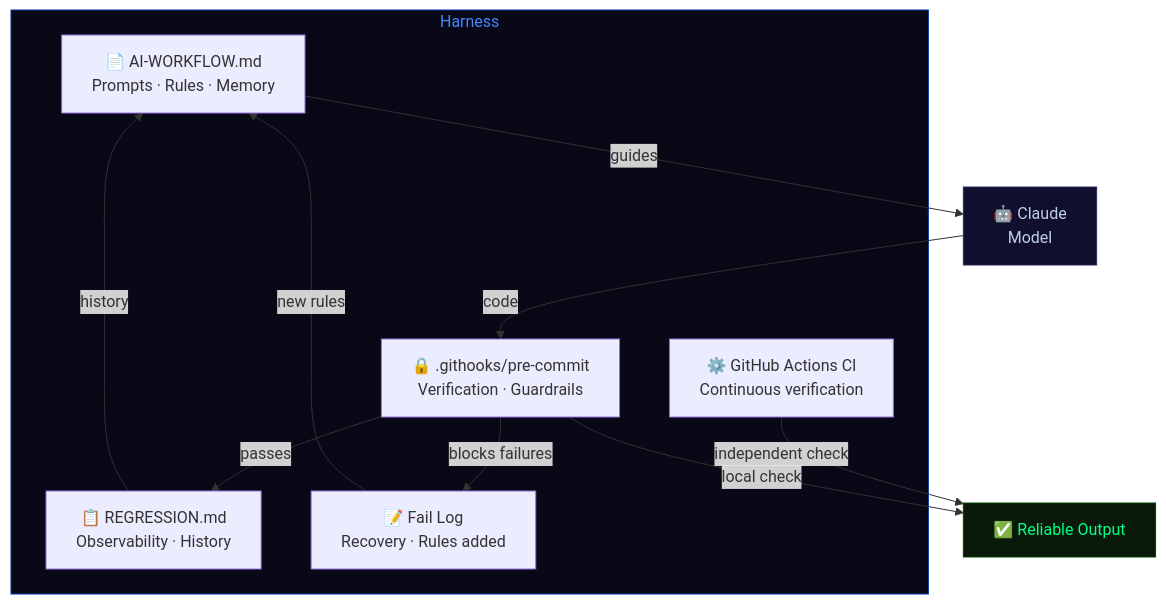
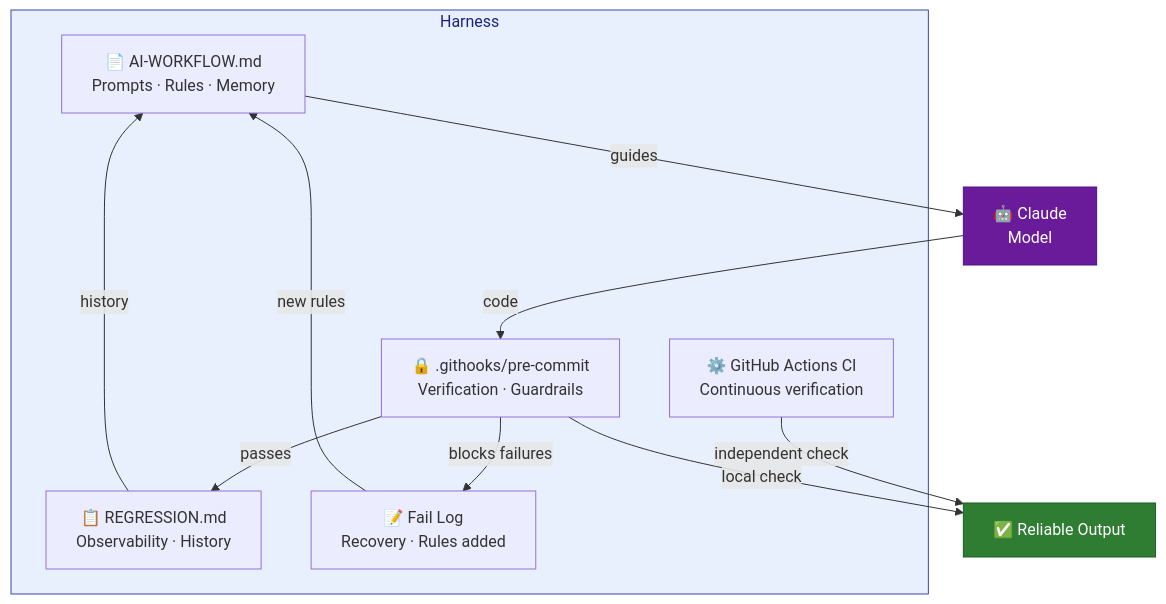
One commit to jmantyne/situation-monitor changed the third of 3 diagrams in docs/ARCHITECTURE.md. Above: the diagram before and after it, drawn with Mermaid. The commit also changed other lines of this file and 2 other files, not shown here.

First line of the commit message:
Fix: Mermaid diagram colors — replace near-black fills with GitHub-readable colors

````diff
--- a/docs/ARCHITECTURE.md
+++ b/docs/ARCHITECTURE.md
@@ -93,26 +93,26 @@
 ```mermaid
 flowchart TD
     subgraph HARNESS["Harness"]
         PW["📄 AI-WORKFLOW.md\nPrompts · Rules · Memory"]
         HC["🔒 .githooks/pre-commit\nVerification · Guardrails"]
         RG["📋 REGRESSION.md\nObservability · History"]
         FL["📝 Fail Log\nRecovery · Rules added"]
         CI["⚙️ GitHub Actions CI\nContinuous verification"]
     end
 
     MODEL["🤖 Claude\nModel"]
     OUTPUT["✅ Reliable Output"]
 
     PW -->|"guides"| MODEL
     MODEL -->|"code"| HC
     HC -->|"blocks failures"| FL
     FL -->|"new rules"| PW
     HC -->|"passes"| RG
     RG -->|"history"| PW
     CI -->|"independent check"| OUTPUT
     HC -->|"local check"| OUTPUT
 
-    style MODEL fill:#10102e,color:#c0cfe8,stroke:#2a2a5a
-    style OUTPUT fill:#0a1a0a,color:#00ff88,stroke:#004400
-    style HARNESS fill:#080816,color:#4488ff,stroke:#0033aa
+    style MODEL fill:#6a1b9a,color:#ffffff,stroke:#4a148c
+    style OUTPUT fill:#2e7d32,color:#ffffff,stroke:#1b5e20
+    style HARNESS fill:#e8f0fe,color:#1a237e,stroke:#3949ab
 ```
````
